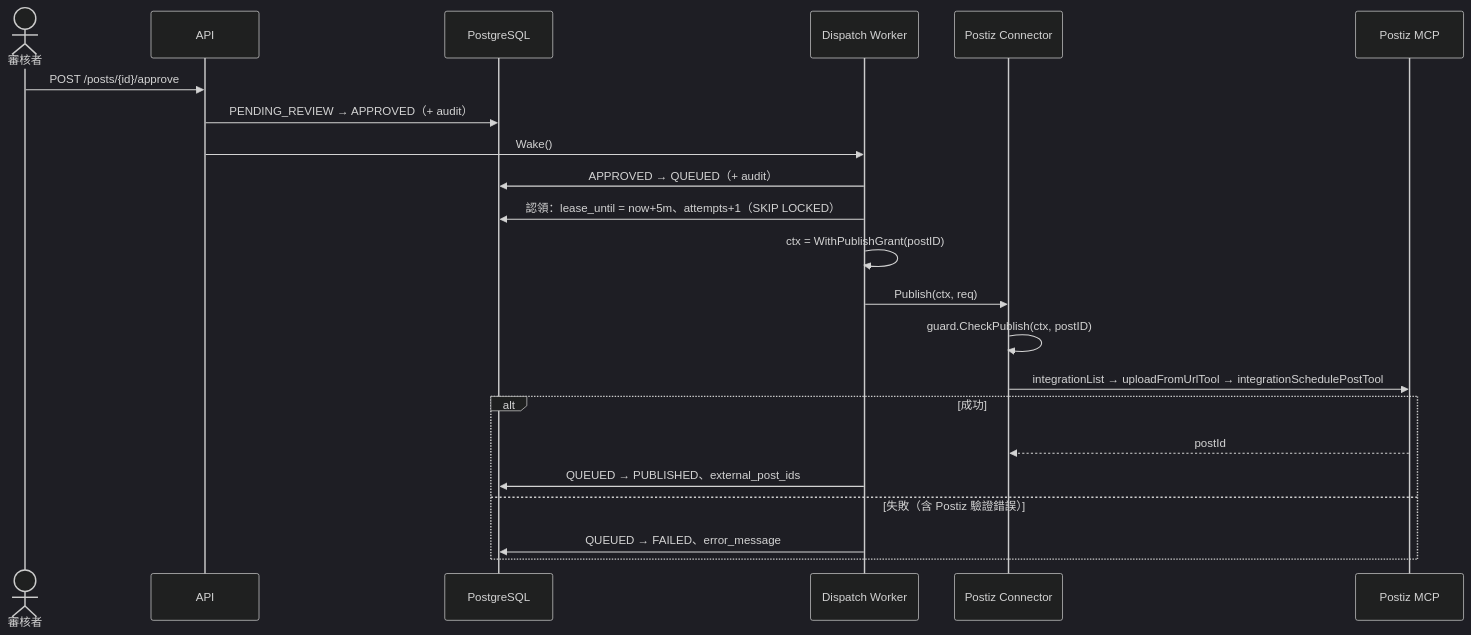
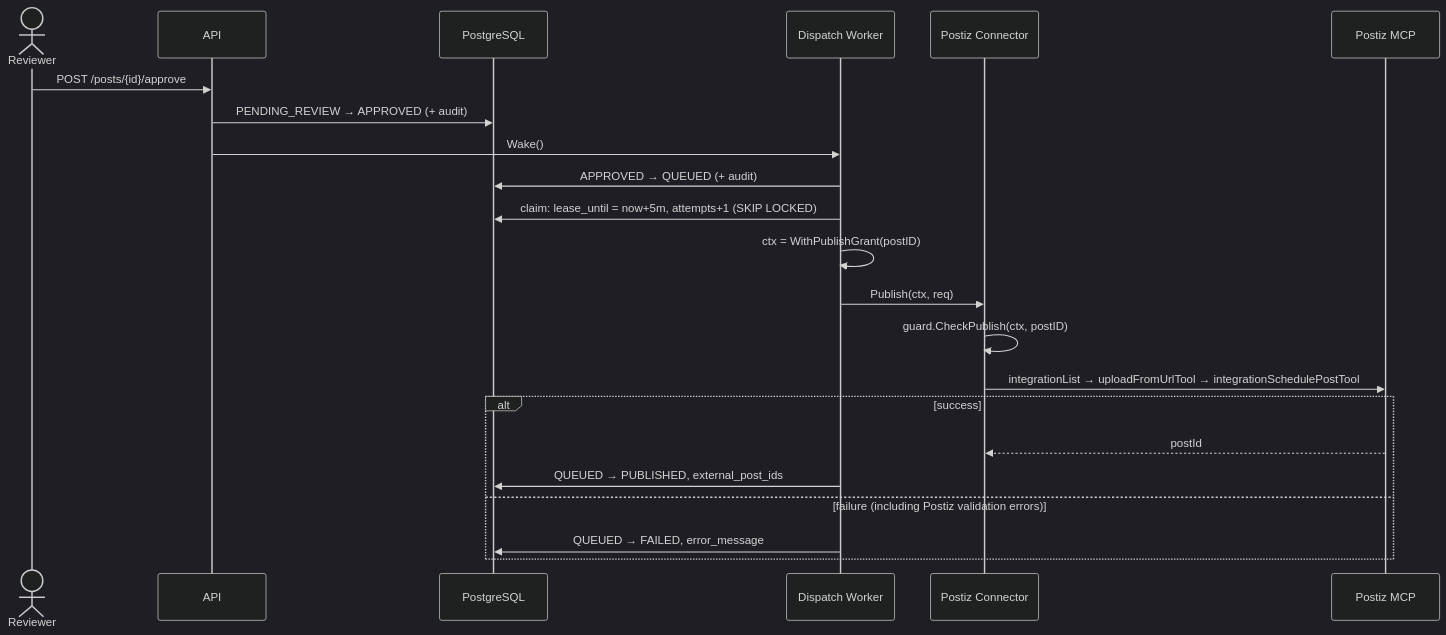
Before and after one commit to j75689/cueflow: the fifth of 6 diagrams in docs/architecture.md, drawn with Mermaid (dark theme). The commit also changed other lines of this file and 20 other files, not shown here.

````diff
--- a/docs/architecture.md
+++ b/docs/architecture.md
@@ -216,25 +219,25 @@
 ```mermaid
 sequenceDiagram
-    actor R as 審核者
+    actor R as Reviewer
     participant API
     participant DB as PostgreSQL
     participant W as Dispatch Worker
     participant P as Postiz Connector
     participant Z as Postiz MCP
 
     R->>API: POST /posts/{id}/approve
-    API->>DB: PENDING_REVIEW → APPROVED（+ audit）
+    API->>DB: PENDING_REVIEW → APPROVED (+ audit)
     API->>W: Wake()
-    W->>DB: APPROVED → QUEUED（+ audit）
-    W->>DB: 認領：lease_until = now+5m、attempts+1（SKIP LOCKED）
+    W->>DB: APPROVED → QUEUED (+ audit)
+    W->>DB: claim: lease_until = now+5m, attempts+1 (SKIP LOCKED)
     W->>W: ctx = WithPublishGrant(postID)
     W->>P: Publish(ctx, req)
     P->>P: guard.CheckPublish(ctx, postID)
     P->>Z: integrationList → uploadFromUrlTool → integrationSchedulePostTool
-    alt 成功
+    alt success
         Z-->>P: postId
-        W->>DB: QUEUED → PUBLISHED、external_post_ids
-    else 失敗（含 Postiz 驗證錯誤）
-        W->>DB: QUEUED → FAILED、error_message
+        W->>DB: QUEUED → PUBLISHED, external_post_ids
+    else failure (including Postiz validation errors)
+        W->>DB: QUEUED → FAILED, error_message
     end
 ```
````
